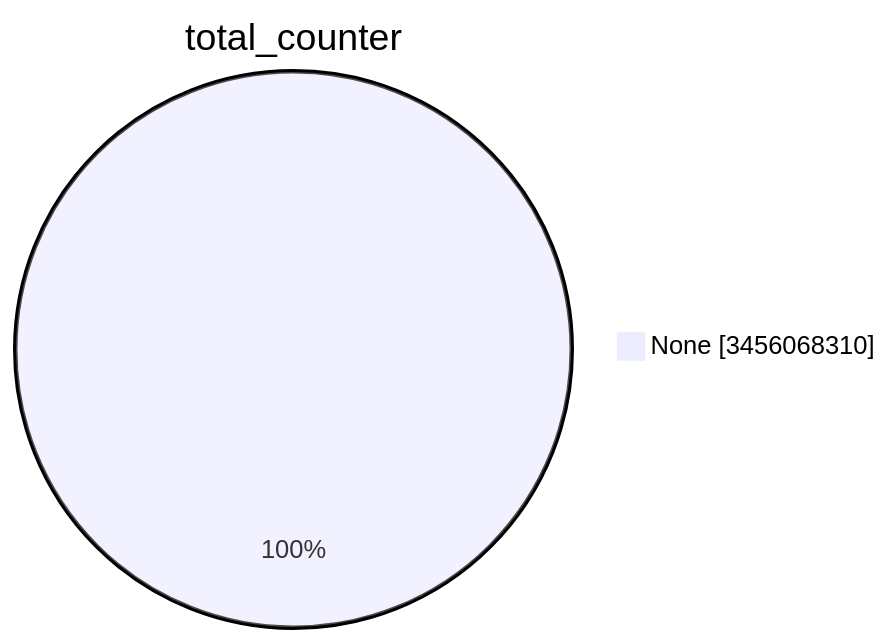
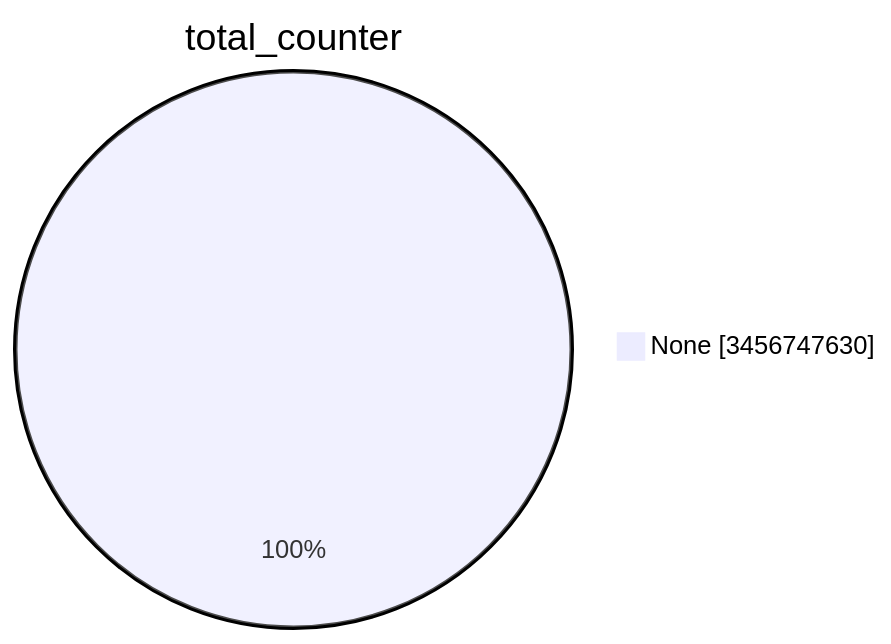
One commit to christiankrug/ctmonitor_visualization changed the first of 15 diagrams in TOTAL/README.md. Above: the diagram before and after it, drawn with Mermaid. The commit also changed other lines of this file, not shown here.

````diff
--- a/TOTAL/README.md
+++ b/TOTAL/README.md
@@ -1,5 +1,5 @@
 ```mermaid
 pie showData
 title total_counter
-"None" :3456068310
+"None" :3456747630
 ```
````
